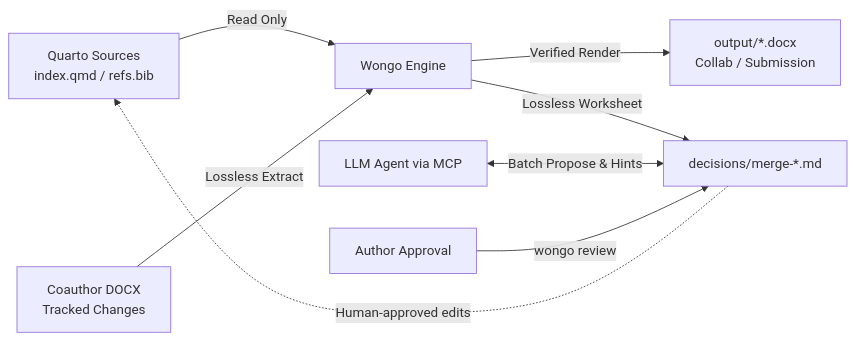
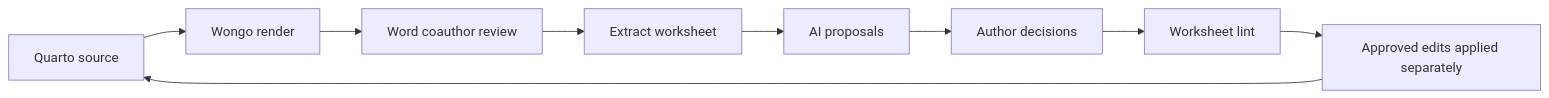
One commit to hoohugokim/wongo changed the diagram in docs/aix-competition/presentation-deck.md. Above: the diagram before and after it, drawn with Mermaid. The commit also changed other lines of this file and 31 other files, not shown here.

````diff
--- a/docs/aix-competition/presentation-deck.md
+++ b/docs/aix-competition/presentation-deck.md
@@ -63,10 +37,11 @@
 ```mermaid
 flowchart LR
-    A[Quarto Sources\nindex.qmd / refs.bib] -->|Read Only| B[Wongo Engine]
-    C[Coauthor DOCX\nTracked Changes] -->|Lossless Extract| B
-    B -->|Verified Render| D[output/*.docx\nCollab / Submission]
-    B -->|Lossless Worksheet| E[decisions/merge-*.md]
-    F[LLM Agent via MCP] <-->|Batch Propose & Hints| E
-    G[Author Approval] -->|wongo review| E
-    E -.->|Human-approved edits| A
+    Q[Quarto source] --> R[Wongo render]
+    R --> W[Word coauthor review]
+    W --> E[Extract worksheet]
+    E --> P[AI proposals]
+    P --> A[Author decisions]
+    A --> L[Worksheet lint]
+    L --> H[Approved edits applied separately]
+    H --> Q
 ```
````
